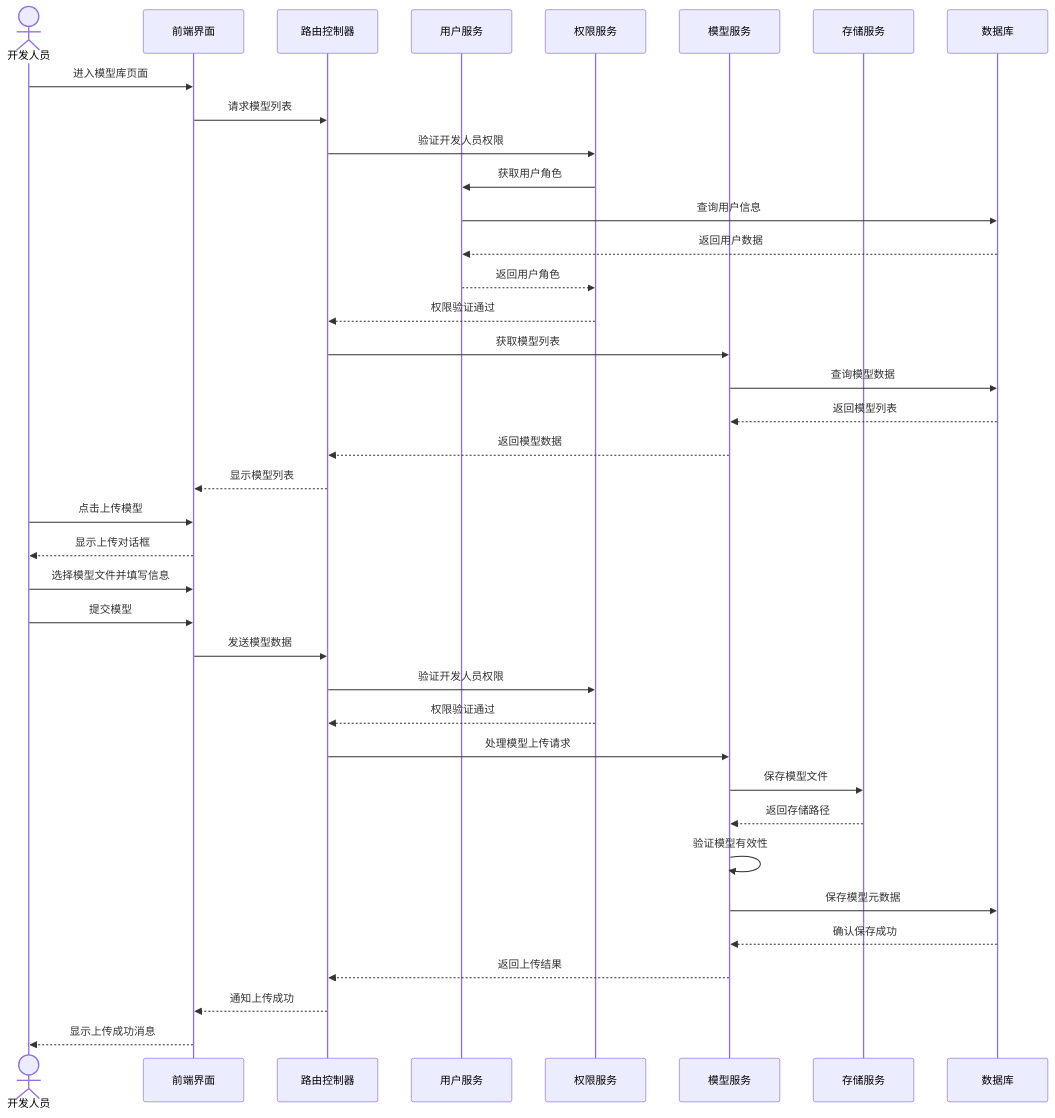
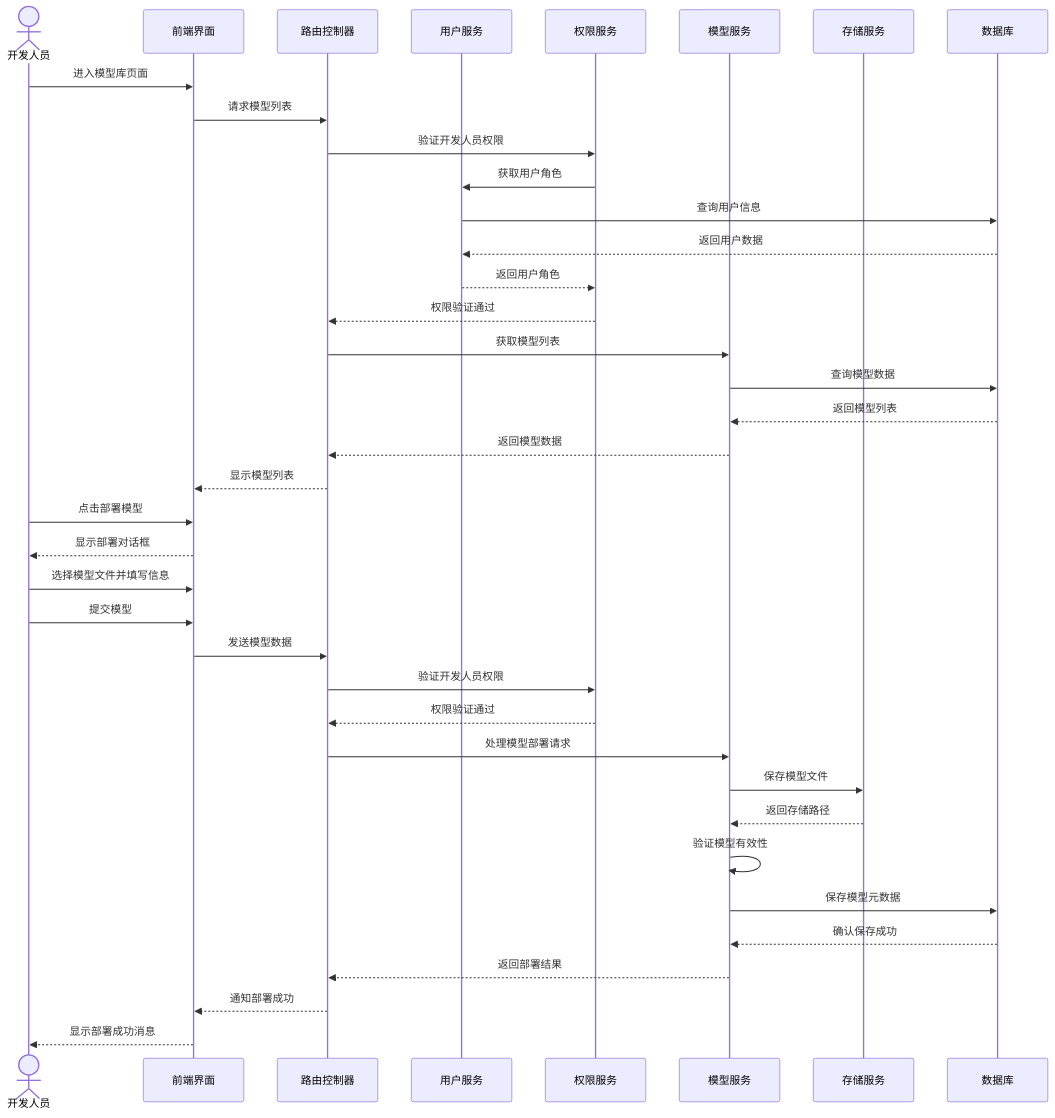
Before and after one commit to YHJYgain/bridge-disease-frontend: the fourth of 4 diagrams in docs/3.3.3_顺序图.md, drawn with Mermaid. The commit also changed other lines of this file and 3 other files, not shown here.

````diff
--- a/docs/3.3.3_顺序图.md
+++ b/docs/3.3.3_顺序图.md
@@ -130,42 +130,42 @@
 ```mermaid
 sequenceDiagram
     actor 开发人员
     participant 前端界面
     participant 路由控制器
     participant 用户服务
     participant 权限服务
     participant 模型服务
     participant 存储服务
     participant 数据库
     
     开发人员->>前端界面: 进入模型库页面
     前端界面->>路由控制器: 请求模型列表
     路由控制器->>权限服务: 验证开发人员权限
     权限服务->>用户服务: 获取用户角色
     用户服务->>数据库: 查询用户信息
     数据库-->>用户服务: 返回用户数据
     用户服务-->>权限服务: 返回用户角色
     权限服务-->>路由控制器: 权限验证通过
     路由控制器->>模型服务: 获取模型列表
     模型服务->>数据库: 查询模型数据
     数据库-->>模型服务: 返回模型列表
     模型服务-->>路由控制器: 返回模型数据
     路由控制器-->>前端界面: 显示模型列表
     
-    开发人员->>前端界面: 点击上传模型
-    前端界面-->>开发人员: 显示上传对话框
+    开发人员->>前端界面: 点击部署模型
+    前端界面-->>开发人员: 显示部署对话框
     开发人员->>前端界面: 选择模型文件并填写信息
     开发人员->>前端界面: 提交模型
     前端界面->>路由控制器: 发送模型数据
     路由控制器->>权限服务: 验证开发人员权限
     权限服务-->>路由控制器: 权限验证通过
-    路由控制器->>模型服务: 处理模型上传请求
+    路由控制器->>模型服务: 处理模型部署请求
     模型服务->>存储服务: 保存模型文件
     存储服务-->>模型服务: 返回存储路径
     模型服务->>模型服务: 验证模型有效性
     模型服务->>数据库: 保存模型元数据
     数据库-->>模型服务: 确认保存成功
-    模型服务-->>路由控制器: 返回上传结果
-    路由控制器-->>前端界面: 通知上传成功
-    前端界面-->>开发人员: 显示上传成功消息
+    模型服务-->>路由控制器: 返回部署结果
+    路由控制器-->>前端界面: 通知部署成功
+    前端界面-->>开发人员: 显示部署成功消息
 ```
````
